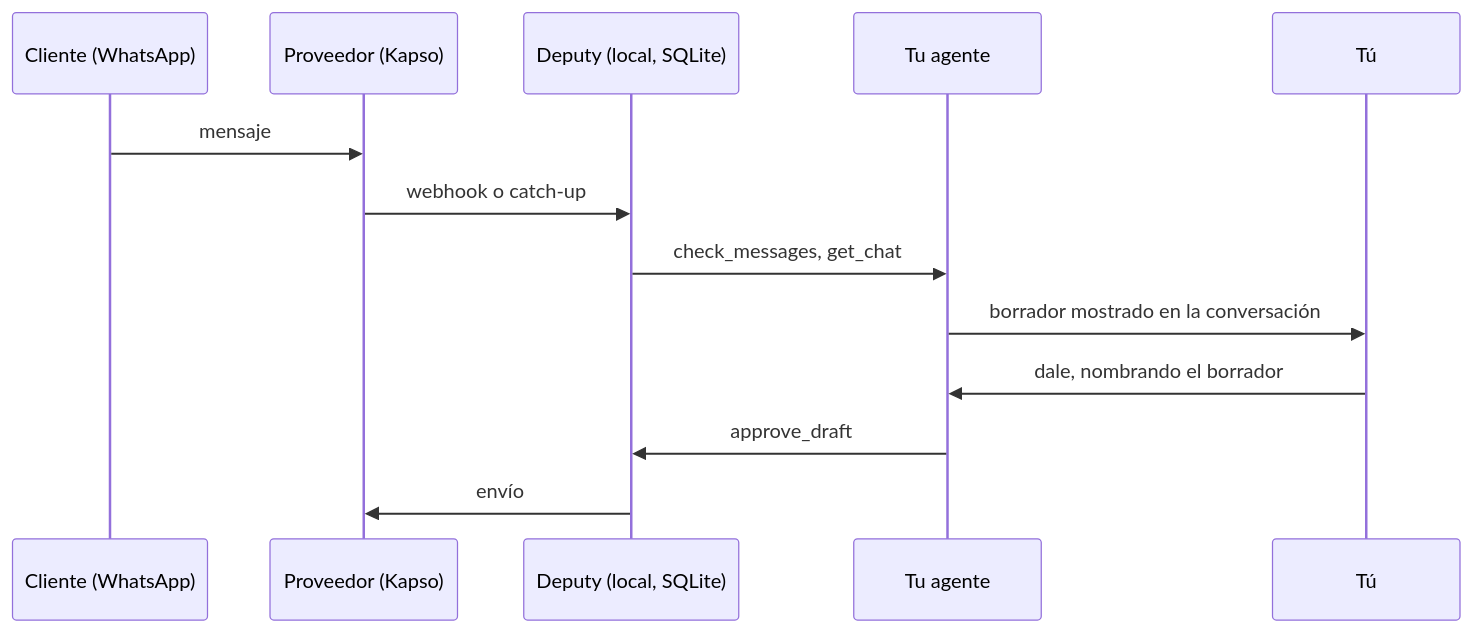
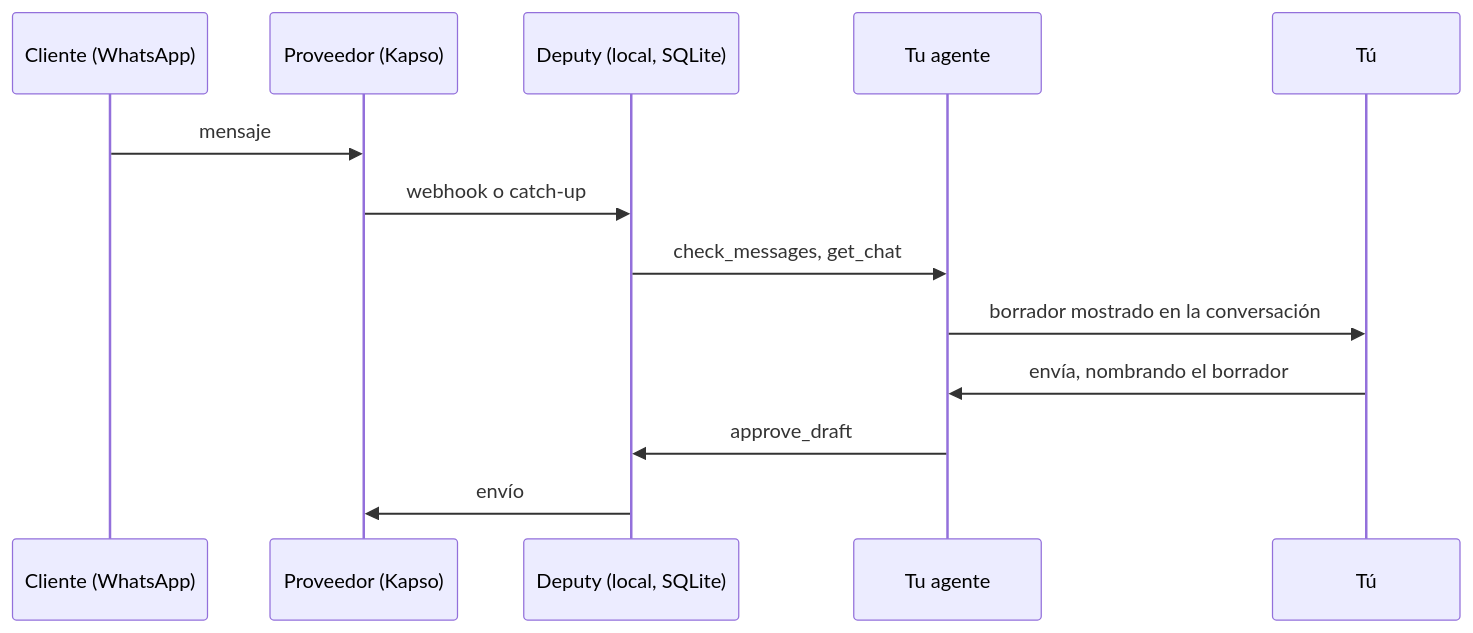
Before and after one commit to antonygiomarxdev/deputy: the diagram in README.es.md, drawn with Mermaid. The commit also changed other lines of this file, not shown here.

Commit message:
docs: use a neutral go word in the Spanish README example

````diff
--- a/README.es.md
+++ b/README.es.md
@@ -26,15 +26,15 @@
 ```mermaid
 sequenceDiagram
   participant C as Cliente (WhatsApp)
   participant K as Proveedor (Kapso)
   participant D as Deputy (local, SQLite)
   participant A as Tu agente
   participant O as Tú
   C->>K: mensaje
   K->>D: webhook o catch-up
   D->>A: check_messages, get_chat
   A->>O: borrador mostrado en la conversación
-  O->>A: dale, nombrando el borrador
+  O->>A: envía, nombrando el borrador
   A->>D: approve_draft
   D->>K: envío
 ```
````
